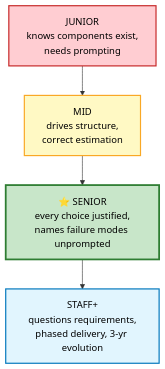
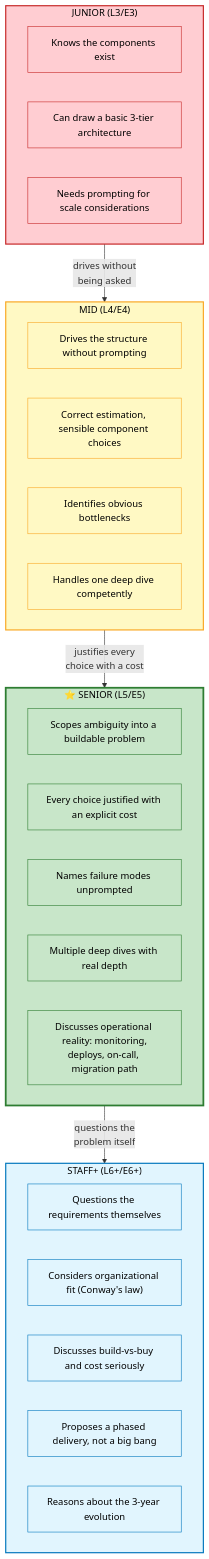
Before and after one commit to stormdigger/Interviewzz: diagram 18 of 20 in 05-system-design/02-framework.md, drawn with Mermaid. The commit also changed other lines of this file and 5 other files, not shown here.

````diff
--- a/05-system-design/02-framework.md
+++ b/05-system-design/02-framework.md
@@ -752,11 +732,57 @@
 ```mermaid
 flowchart TD
-    L1["JUNIOR<br/>knows components exist,<br/>needs prompting"] --> L2["MID<br/>drives structure,<br/>correct estimation"]
-    L2 --> L3["⭐ SENIOR<br/>every choice justified,<br/>names failure modes unprompted"]
-    L3 --> L4["STAFF+<br/>questions requirements,<br/>phased delivery, 3-yr evolution"]
+    subgraph Junior["JUNIOR (L3/E3)"]
+        J1["Knows the components exist"]
+        J2["Can draw a basic 3-tier architecture"]
+        J3["Needs prompting for scale considerations"]
+    end
 
-    style L1 fill:#ffcdd2,stroke:#c62828,stroke-width:2px,color:#000
-    style L2 fill:#fff9c4,stroke:#f9a825,stroke-width:2px,color:#000
-    style L3 fill:#c8e6c9,stroke:#2e7d32,stroke-width:3px,color:#000
-    style L4 fill:#e1f5fe,stroke:#0277bd,stroke-width:2px,color:#000
+    subgraph Mid["MID (L4/E4)"]
+        M1["Drives the structure without prompting"]
+        M2["Correct estimation, sensible component choices"]
+        M3["Identifies obvious bottlenecks"]
+        M4["Handles one deep dive competently"]
+    end
+
+    subgraph Senior["⭐ SENIOR (L5/E5)"]
+        S1["Scopes ambiguity into a buildable problem"]
+        S2["Every choice justified with an explicit cost"]
+        S3["Names failure modes unprompted"]
+        S4["Multiple deep dives with real depth"]
+        S5["Discusses operational reality: monitoring,<br/>deploys, on-call, migration path"]
+    end
+
+    subgraph Staff["STAFF+ (L6+/E6+)"]
+        F1["Questions the requirements themselves"]
+        F2["Considers organizational fit (Conway's law)"]
+        F3["Discusses build-vs-buy and cost seriously"]
+        F4["Proposes a phased delivery, not a big bang"]
+        F5["Reasons about the 3-year evolution"]
+    end
+
+    Junior -->|"drives without<br/>being asked"| Mid
+    Mid -->|"justifies every<br/>choice with a cost"| Senior
+    Senior -->|"questions the<br/>problem itself"| Staff
+
+    style Junior fill:#ffcdd2,stroke:#c62828,stroke-width:2px,color:#000
+    style Mid fill:#fff9c4,stroke:#f9a825,stroke-width:2px,color:#000
+    style Senior fill:#c8e6c9,stroke:#2e7d32,stroke-width:3px,color:#000
+    style Staff fill:#e1f5fe,stroke:#0277bd,stroke-width:2px,color:#000
+    style J1 fill:#ffcdd2,stroke:#c62828,color:#000
+    style J2 fill:#ffcdd2,stroke:#c62828,color:#000
+    style J3 fill:#ffcdd2,stroke:#c62828,color:#000
+    style M1 fill:#fff9c4,stroke:#f9a825,color:#000
+    style M2 fill:#fff9c4,stroke:#f9a825,color:#000
+    style M3 fill:#fff9c4,stroke:#f9a825,color:#000
+    style M4 fill:#fff9c4,stroke:#f9a825,color:#000
+    style S1 fill:#c8e6c9,stroke:#2e7d32,color:#000
+    style S2 fill:#c8e6c9,stroke:#2e7d32,color:#000
+    style S3 fill:#c8e6c9,stroke:#2e7d32,color:#000
+    style S4 fill:#c8e6c9,stroke:#2e7d32,color:#000
+    style S5 fill:#c8e6c9,stroke:#2e7d32,color:#000
+    style F1 fill:#e1f5fe,stroke:#0277bd,color:#000
+    style F2 fill:#e1f5fe,stroke:#0277bd,color:#000
+    style F3 fill:#e1f5fe,stroke:#0277bd,color:#000
+    style F4 fill:#e1f5fe,stroke:#0277bd,color:#000
+    style F5 fill:#e1f5fe,stroke:#0277bd,color:#000
 ```
````
